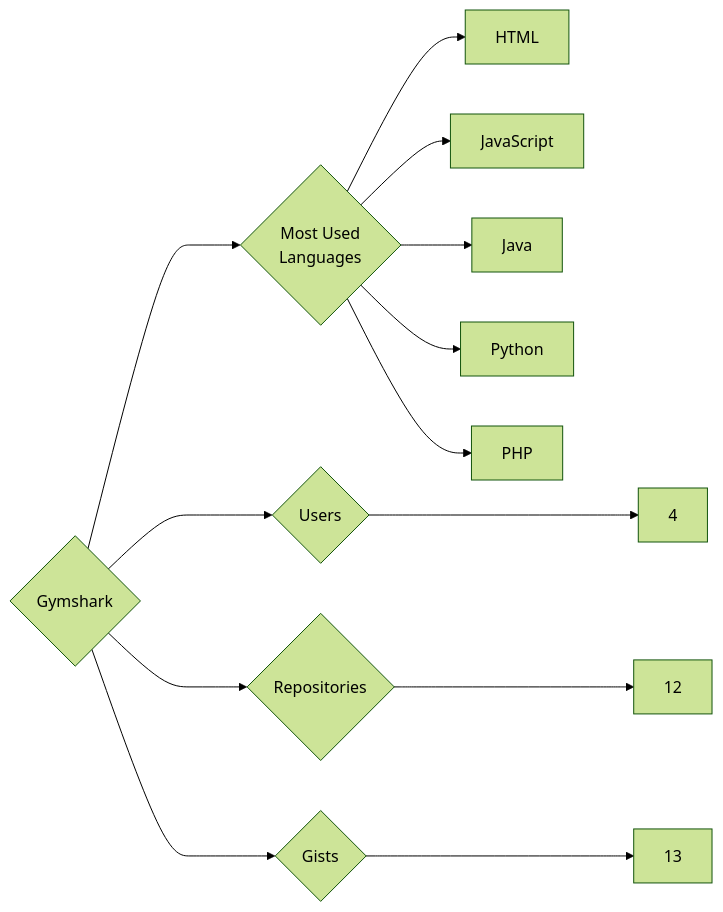
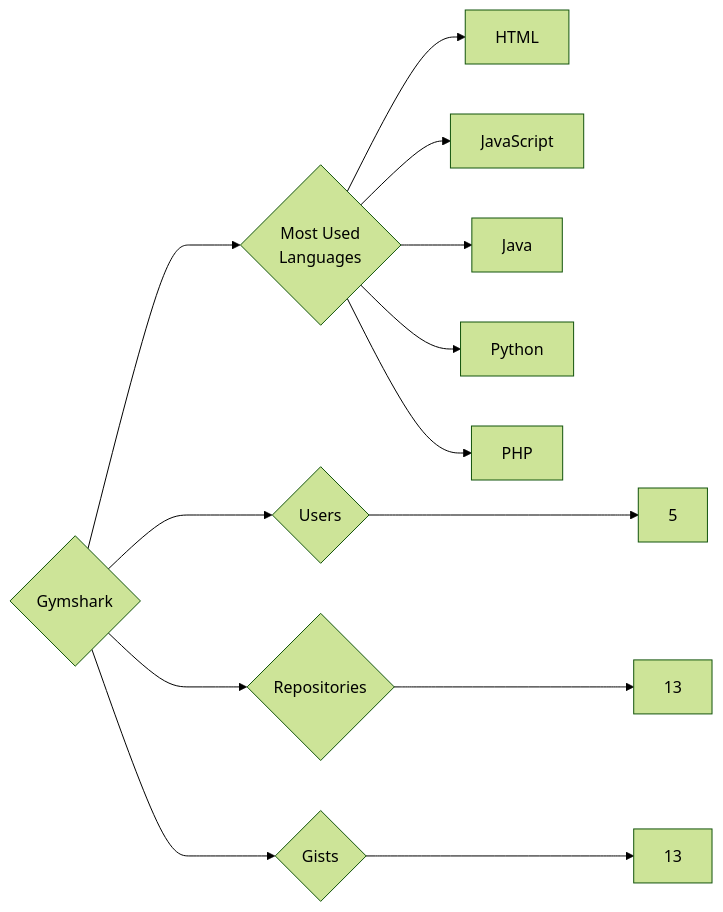
The diagram in targets/Gymshark/README.md (trickest/insiders), drawn with Mermaid (forest theme) before and after one commit. The commit also changed 1036 other files, not shown here.

````diff
--- a/targets/Gymshark/README.md
+++ b/targets/Gymshark/README.md
@@ -3,13 +3,13 @@
 ```mermaid
 graph LR
 COMPANY_NAME{Gymshark}
-COMPANY_NAME ---> U{Users} ---> UN[4]
-COMPANY_NAME ---> R{Repositories} ---> RN[12]
+COMPANY_NAME ---> U{Users} ---> UN[5]
+COMPANY_NAME ---> R{Repositories} ---> RN[13]
 COMPANY_NAME ---> G{Gists} ---> GN[13]
 COMPANY_NAME ---> ML{Most Used<br>Languages}
 ML --> HTML[HTML]
 ML --> JavaScript[JavaScript]
 ML --> Java[Java]
 ML --> Python[Python]
 ML --> PHP[PHP]
 ```
````
